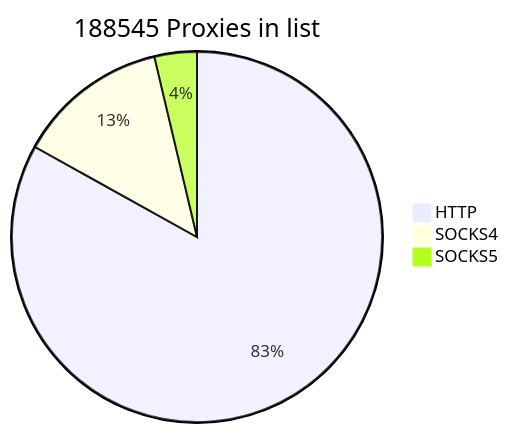
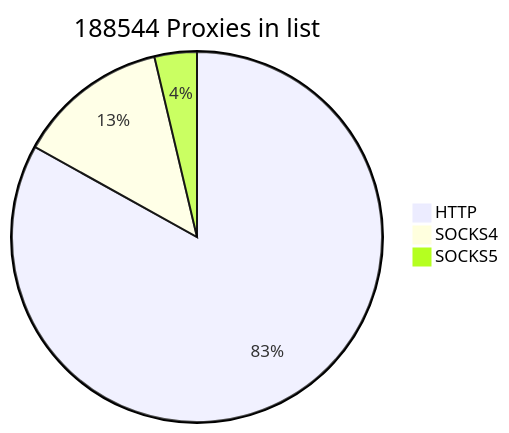
Before and after one commit to cutipu/proxylist: the first of 2 diagrams in README.md, drawn with Mermaid. The commit also changed other lines of this file, not shown here.

````diff
--- a/README.md
+++ b/README.md
@@ -2,7 +2,7 @@
 ```mermaid
-pie title 188545 Proxies in list
+pie title 188544 Proxies in list
     "HTTP" : 156625
     "SOCKS4" : 24951
-    "SOCKS5" : 6969
+    "SOCKS5" : 6968
             
 ```
````
